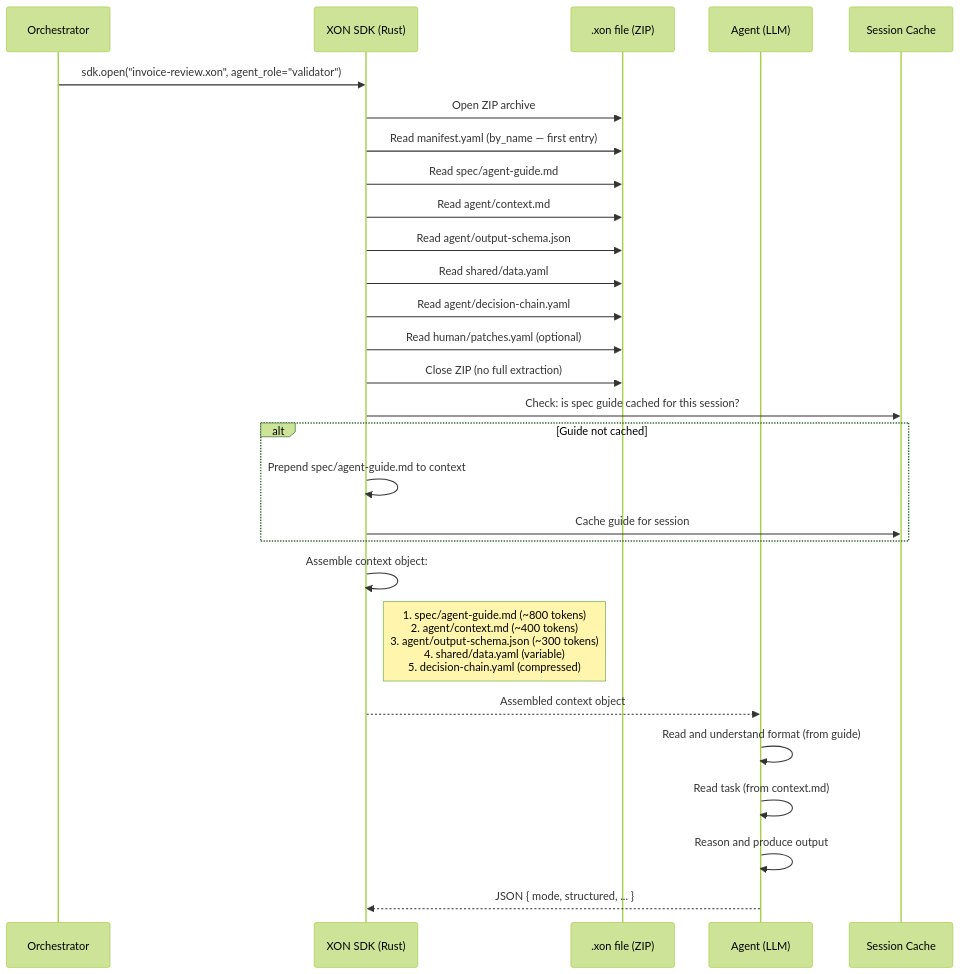
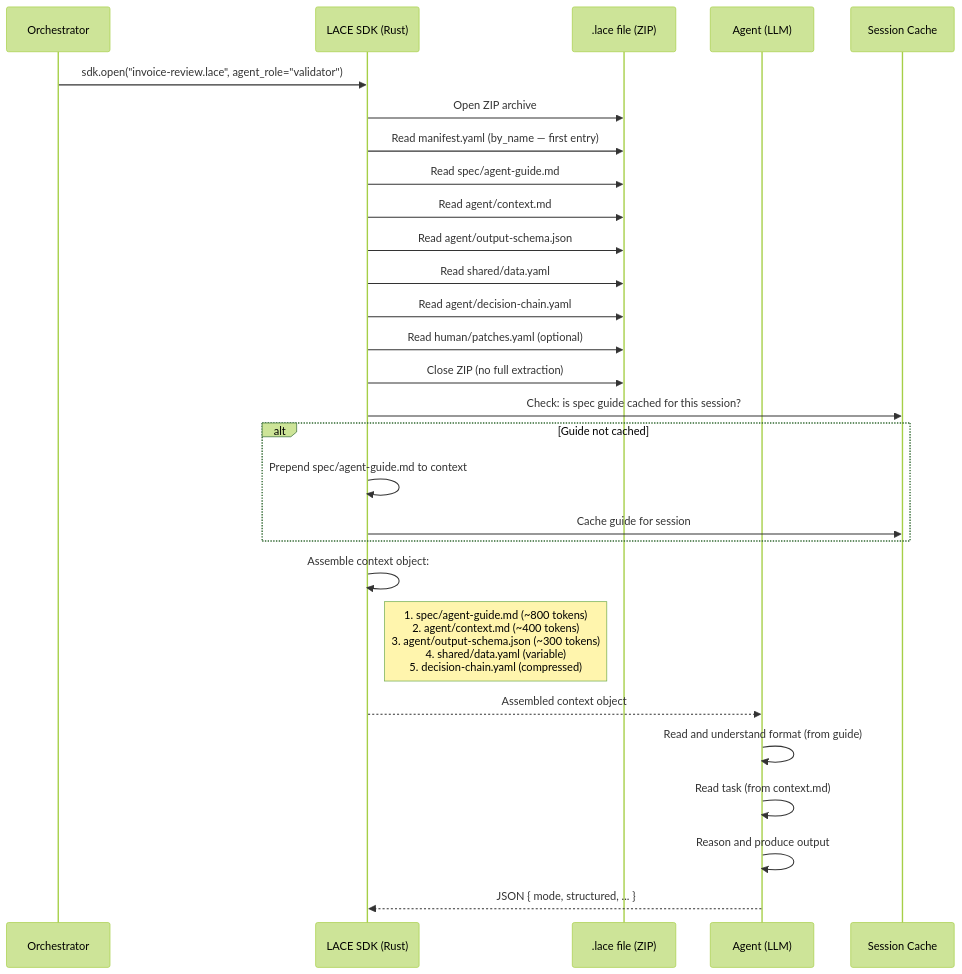
The second of 8 diagrams in SEQUENCE-DIAGRAMS.md (batunii/napkin-os), drawn with Mermaid (forest theme) before and after one commit. The commit also changed other lines of this file and 7 other files, not shown here.

First line of the commit message:
Rename XON → LACE throughout

````diff
--- a/SEQUENCE-DIAGRAMS.md
+++ b/SEQUENCE-DIAGRAMS.md
@@ -70,36 +70,36 @@
 ```mermaid
 sequenceDiagram
     participant Pipeline as Orchestrator
-    participant SDK as XON SDK (Rust)
-    participant XON as .xon file (ZIP)
+    participant SDK as LACE SDK (Rust)
+    participant LACE as .lace file (ZIP)
     participant Agent as Agent (LLM)
     participant Cache as Session Cache
 
-    Pipeline->>SDK: sdk.open("invoice-review.xon", agent_role="validator")
+    Pipeline->>SDK: sdk.open("invoice-review.lace", agent_role="validator")
 
-    SDK->>XON: Open ZIP archive
-    SDK->>XON: Read manifest.yaml (by_name — first entry)
-    SDK->>XON: Read spec/agent-guide.md
-    SDK->>XON: Read agent/context.md
-    SDK->>XON: Read agent/output-schema.json
-    SDK->>XON: Read shared/data.yaml
-    SDK->>XON: Read agent/decision-chain.yaml
-    SDK->>XON: Read human/patches.yaml (optional)
-    SDK->>XON: Close ZIP (no full extraction)
+    SDK->>LACE: Open ZIP archive
+    SDK->>LACE: Read manifest.yaml (by_name — first entry)
+    SDK->>LACE: Read spec/agent-guide.md
+    SDK->>LACE: Read agent/context.md
+    SDK->>LACE: Read agent/output-schema.json
+    SDK->>LACE: Read shared/data.yaml
+    SDK->>LACE: Read agent/decision-chain.yaml
+    SDK->>LACE: Read human/patches.yaml (optional)
+    SDK->>LACE: Close ZIP (no full extraction)
 
     SDK->>Cache: Check: is spec guide cached for this session?
 
     alt Guide not cached
         SDK->>SDK: Prepend spec/agent-guide.md to context
         SDK->>Cache: Cache guide for session
     end
 
     SDK->>SDK: Assemble context object:
     note right of SDK: 1. spec/agent-guide.md (~800 tokens)<br/>2. agent/context.md (~400 tokens)<br/>3. agent/output-schema.json (~300 tokens)<br/>4. shared/data.yaml (variable)<br/>5. decision-chain.yaml (compressed)
 
     SDK-->>Agent: Assembled context object
     Agent->>Agent: Read and understand format (from guide)
     Agent->>Agent: Read task (from context.md)
     Agent->>Agent: Reason and produce output
     Agent-->>SDK: JSON { mode, structured, ... }
 ```
````
